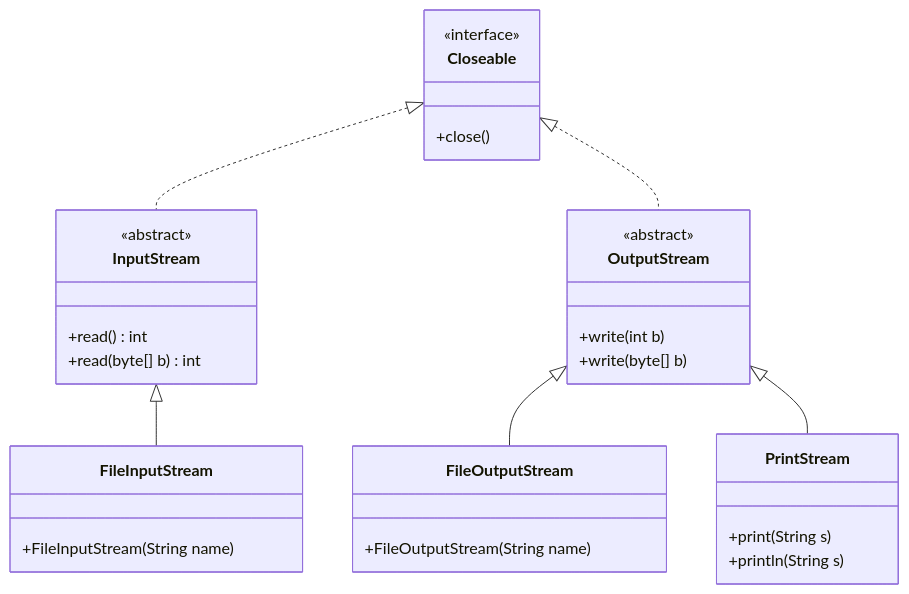
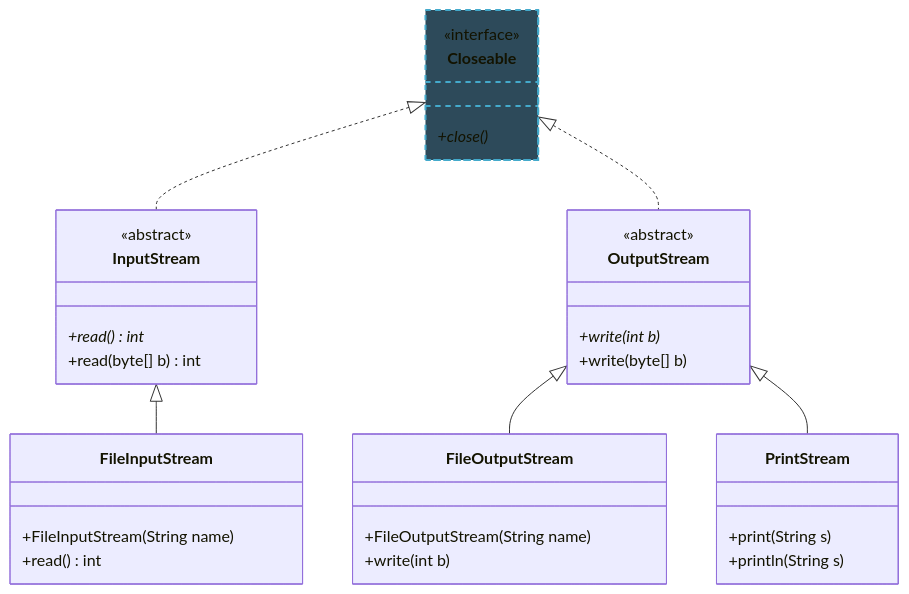
Before and after one commit to neu-pdi/cs3100-public-resources: the third of 3 diagrams in lecture-slides/l3-more-java.mdx, drawn with Mermaid. The commit also changed other lines of this file and 2 other files, not shown here.

````diff
--- a/lecture-slides/l3-more-java.mdx
+++ b/lecture-slides/l3-more-java.mdx
@@ -1565,32 +1651,35 @@
 ```mermaid
 classDiagram
     class Closeable {
         <<interface>>
-        +close()
+        +close()*
     }
     class InputStream {
         <<abstract>>
-        +read() int
+        +read() int*
         +read(byte[] b) int
     }
     class OutputStream {
         <<abstract>>
-        +write(int b)
+        +write(int b)*
         +write(byte[] b)
     }
     class FileInputStream {
         +FileInputStream(String name)
+        +read() int
     }
     class FileOutputStream {
         +FileOutputStream(String name)
+        +write(int b)
     }
     class PrintStream {
         +print(String s)
         +println(String s)
     }
     Closeable <|.. InputStream
     Closeable <|.. OutputStream
     InputStream <|-- FileInputStream
     OutputStream <|-- FileOutputStream
     OutputStream <|-- PrintStream
+    style Closeable fill:#2d4a5a,stroke:#4ac,stroke-width:2px,stroke-dasharray: 5 5
 ```
````
